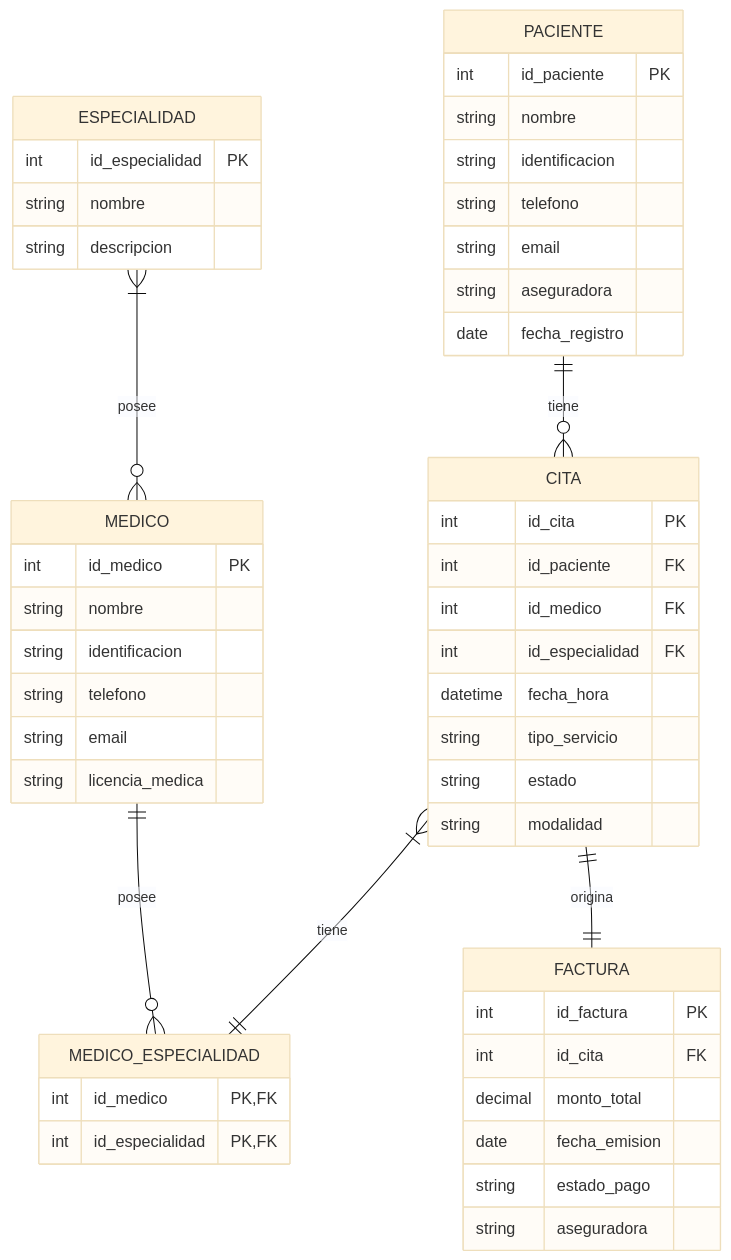
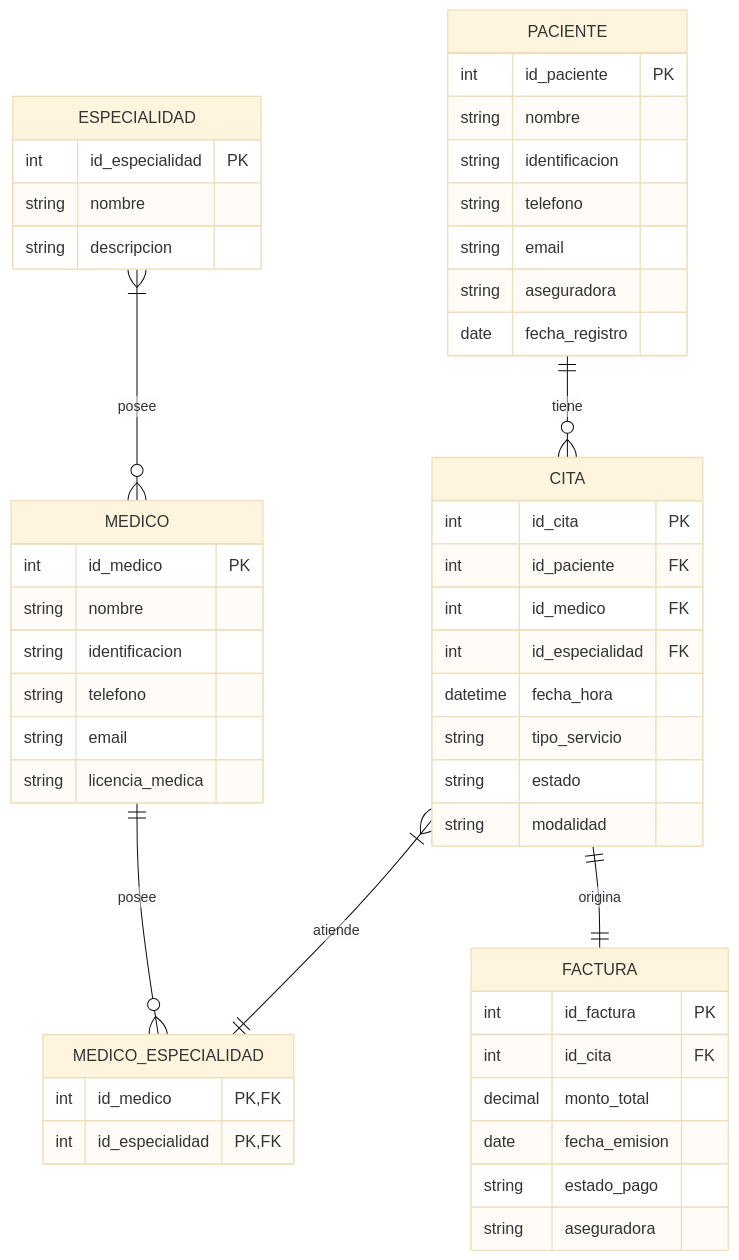
The first of 2 diagrams in README.md (285JuanDM/Taller_2_Modelo_Entidad_Relacion), drawn with Mermaid (base theme) before and after one commit.

Commit message:
Update relationship label in ER diagra 1

````diff
--- a/README.md
+++ b/README.md
@@ -40,59 +40,59 @@
 ```mermaid
 erDiagram
     PACIENTE ||--o{ CITA : tiene
     MEDICO ||--o{ MEDICO_ESPECIALIDAD : posee
-    CITA |{--|| MEDICO_ESPECIALIDAD:tiene
+    CITA |{--|| MEDICO_ESPECIALIDAD:atiende
     CITA ||--|| FACTURA : origina
     ESPECIALIDAD |{--o{ MEDICO: posee
 
     PACIENTE {
         int id_paciente PK
         string nombre
         string identificacion
         string telefono
         string email
         string aseguradora
         date fecha_registro
     }
 
     MEDICO {
         int id_medico PK
         string nombre
         string identificacion
         string telefono
         string email
         string licencia_medica
     }
 
     ESPECIALIDAD {
         int id_especialidad PK
         string nombre
         string descripcion
     }
 
     MEDICO_ESPECIALIDAD {
         int id_medico PK, FK
         int id_especialidad PK, FK
     }
 
     CITA {
         int id_cita PK
         int id_paciente FK
         int id_medico FK
         int id_especialidad FK
         datetime fecha_hora
         string tipo_servicio
         string estado
         string modalidad
     }
 
     FACTURA {
         int id_factura PK
         int id_cita FK
         decimal monto_total
         date fecha_emision
         string estado_pago
         string aseguradora
     }
 
 ```
````
